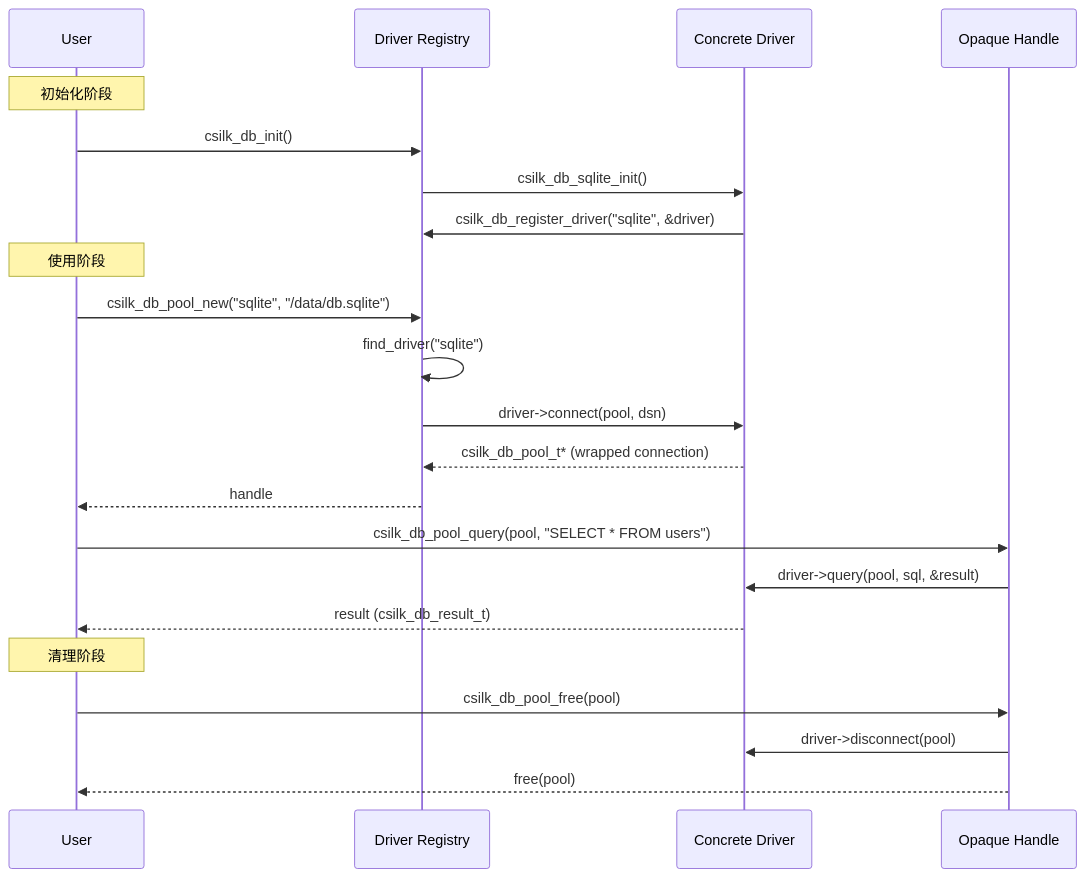
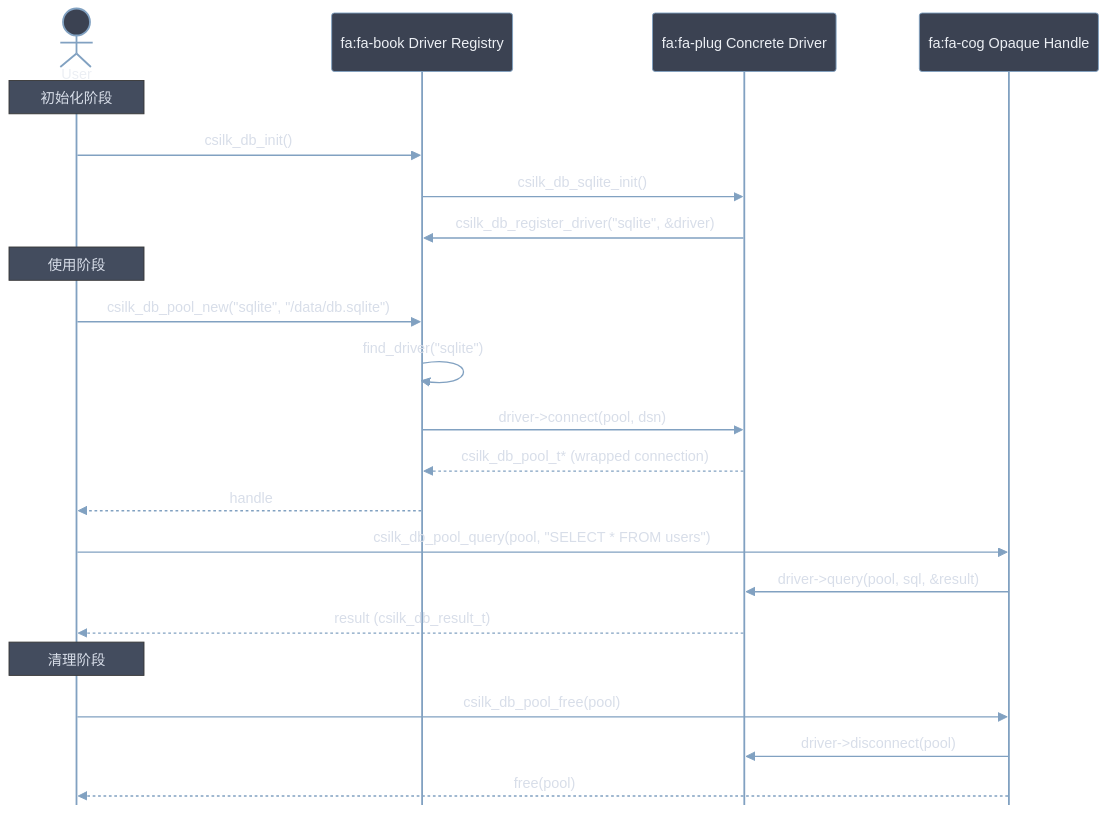
One commit to quintin-lee/csilk changed the second of 2 diagrams in docs/module-design/drivers.md. Above: the diagram before and after it, drawn with Mermaid. The commit also changed other lines of this file and 30 other files, not shown here.

Commit message:
docs(docs): 📝 apply Nord Mermaid theme, RFC 2119 keywords, and quantified metrics to all docs

````diff
--- a/docs/module-design/drivers.md
+++ b/docs/module-design/drivers.md
@@ -419,28 +420,29 @@
 ```mermaid
+%%{init: {'theme': 'base', 'themeVariables': {'background': '#2E3440','primaryColor':'#81A1C1','primaryBorderColor':'#4C566A','primaryTextColor':'#ECEFF4','secondaryColor':'#3B4252','secondaryBorderColor':'#434C5E','secondaryTextColor':'#D8DEE9','lineColor':'#81A1C1','textColor':'#ECEFF4','mainBkg':'#3B4252','nodeBorder':'#4C566A','clusterBkg':'#2E3440','clusterBorder':'#4C566A','titleColor':'#ECEFF4','edgeLabelBackground':'#3B4252','nodeTextColor':'#ECEFF4','actorBorder':'#81A1C1','actorBkg':'#3B4252','actorTextColor':'#ECEFF4','signalColor':'#81A1C1','signalTextColor':'#D8DEE9','noteBkgColor':'#434C5E','noteTextColor':'#D8DEE9','loopTextColor':'#81A1C1','sequenceNumberColor':'#ECEFF4'}, 'sequence': {'actorFontSize': 14, 'noteFontSize': 12, 'messageFontSize': 12, 'mirrorActors': false}}}%%
 sequenceDiagram
-    participant User
-    participant Registry as Driver Registry
-    participant Driver as Concrete Driver
-    participant Handle as Opaque Handle
+    actor User
+    participant Registry as fa:fa-book Driver Registry
+    participant Driver as fa:fa-plug Concrete Driver
+    participant Handle as fa:fa-cog Opaque Handle
 
     Note over User: 初始化阶段
     User->>Registry: csilk_db_init()
     Registry->>Driver: csilk_db_sqlite_init()
     Driver->>Registry: csilk_db_register_driver("sqlite", &driver)
 
     Note over User: 使用阶段
     User->>Registry: csilk_db_pool_new("sqlite", "/data/db.sqlite")
     Registry->>Registry: find_driver("sqlite")
     Registry->>Driver: driver->connect(pool, dsn)
     Driver-->>Registry: csilk_db_pool_t* (wrapped connection)
     Registry-->>User: handle
 
     User->>Handle: csilk_db_pool_query(pool, "SELECT * FROM users")
     Handle->>Driver: driver->query(pool, sql, &result)
     Driver-->>User: result (csilk_db_result_t)
 
     Note over User: 清理阶段
     User->>Handle: csilk_db_pool_free(pool)
     Handle->>Driver: driver->disconnect(pool)
     Handle-->>User: free(pool)
 ```
````
